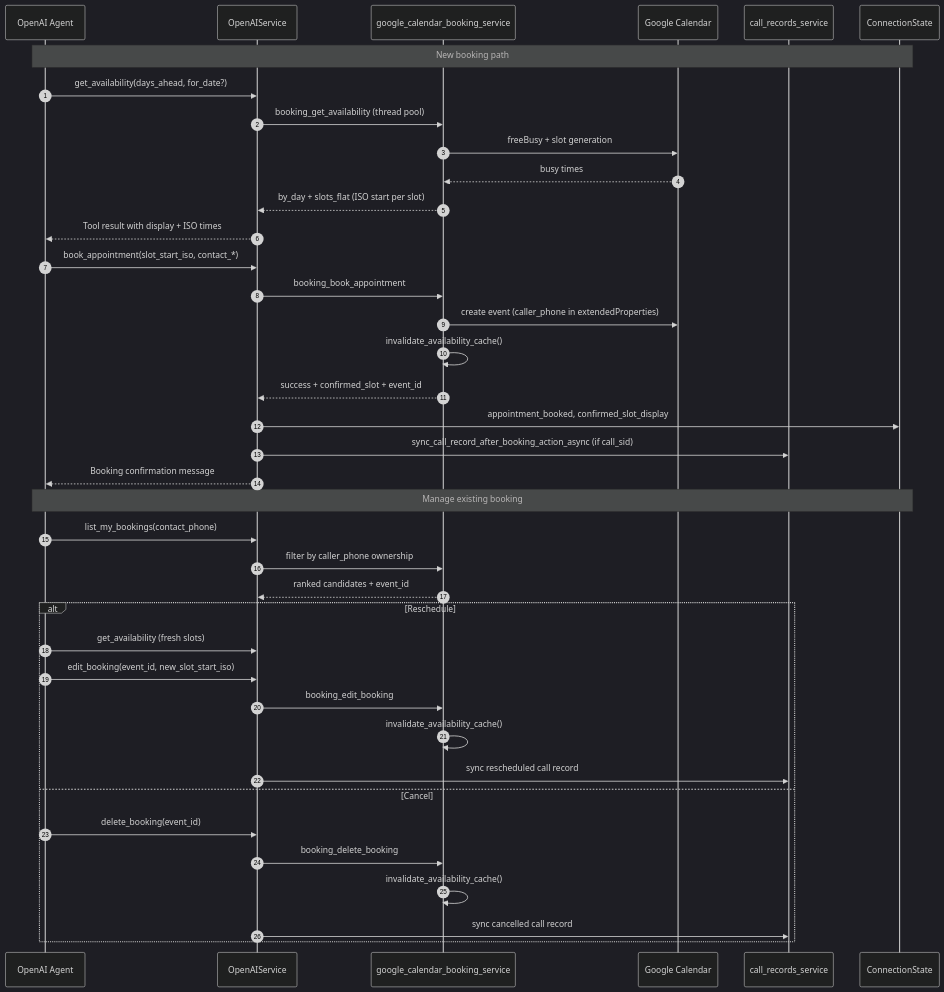
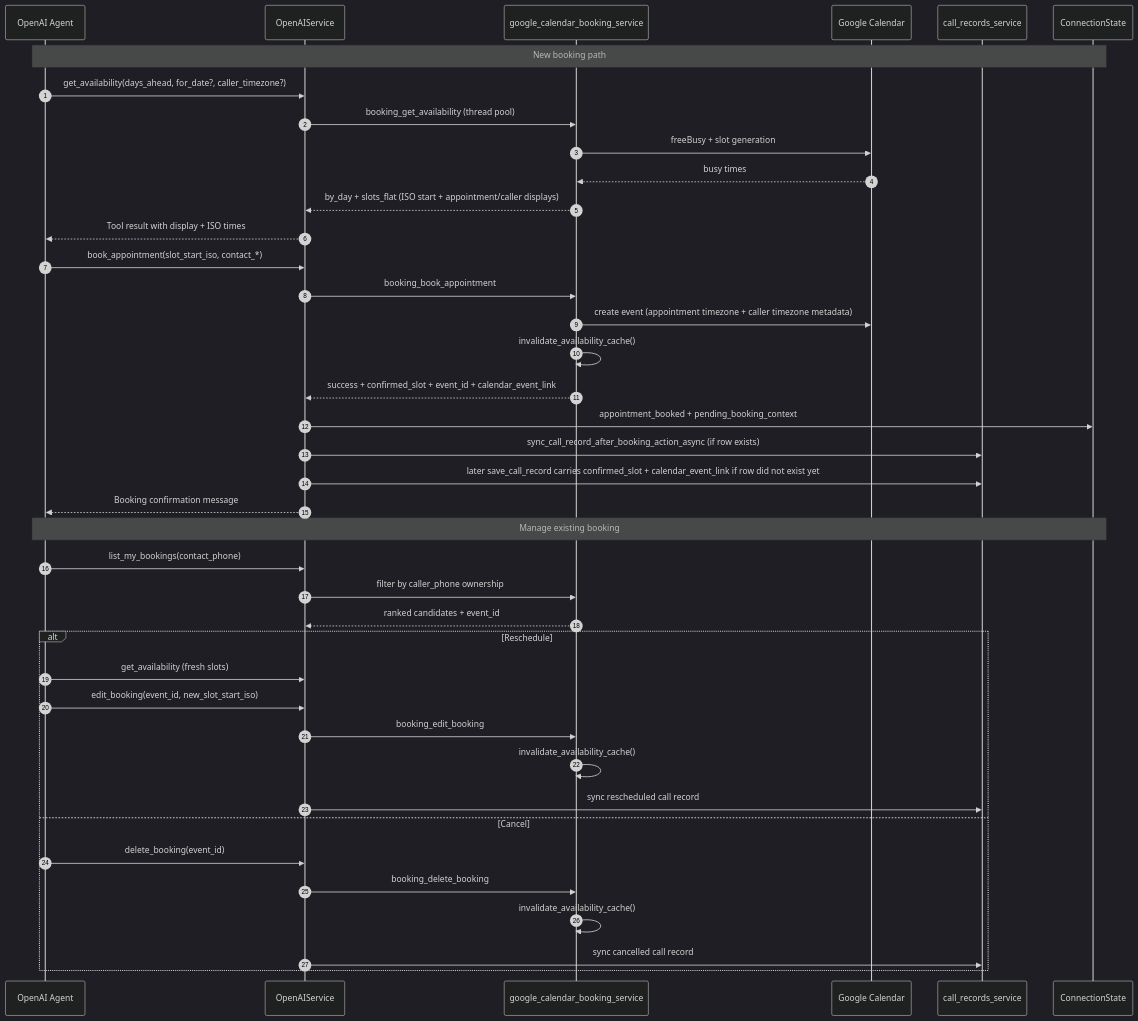
Before and after one commit to aymalkhalid/Starter-Agent-InBound-OutBound-Twilio-Speech-Assistant-OpenAi-Realtime-Api-Python: diagram 12 of 22 in docs/DIAGRAMS.md, drawn with Mermaid (dark theme). The commit also changed other lines of this file and 45 other files, not shown here.

Commit message:
Add appointment setter MVP, timezone utils, and booking docs.

````diff
--- a/docs/DIAGRAMS.md
+++ b/docs/DIAGRAMS.md
@@ -428,44 +439,45 @@
 ```mermaid
 sequenceDiagram
     autonumber
     participant AI as OpenAI Agent
     participant OS as OpenAIService
     participant GBS as google_calendar_booking_service
     participant GCal as Google Calendar
     participant CRS as call_records_service
     participant ST as ConnectionState
 
     Note over AI,ST: New booking path
-    AI->>OS: get_availability(days_ahead, for_date?)
+    AI->>OS: get_availability(days_ahead, for_date?, caller_timezone?)
     OS->>GBS: booking_get_availability (thread pool)
     GBS->>GCal: freeBusy + slot generation
     GCal-->>GBS: busy times
-    GBS-->>OS: by_day + slots_flat (ISO start per slot)
+    GBS-->>OS: by_day + slots_flat (ISO start + appointment/caller displays)
     OS-->>AI: Tool result with display + ISO times
 
     AI->>OS: book_appointment(slot_start_iso, contact_*)
     OS->>GBS: booking_book_appointment
-    GBS->>GCal: create event (caller_phone in extendedProperties)
+    GBS->>GCal: create event (appointment timezone + caller timezone metadata)
     GBS->>GBS: invalidate_availability_cache()
-    GBS-->>OS: success + confirmed_slot + event_id
-    OS->>ST: appointment_booked, confirmed_slot_display
-    OS->>CRS: sync_call_record_after_booking_action_async (if call_sid)
+    GBS-->>OS: success + confirmed_slot + event_id + calendar_event_link
+    OS->>ST: appointment_booked + pending_booking_context
+    OS->>CRS: sync_call_record_after_booking_action_async (if row exists)
+    OS->>CRS: later save_call_record carries confirmed_slot + calendar_event_link if row did not exist yet
     OS-->>AI: Booking confirmation message
 
     Note over AI,ST: Manage existing booking
     AI->>OS: list_my_bookings(contact_phone)
     OS->>GBS: filter by caller_phone ownership
     GBS-->>OS: ranked candidates + event_id
     alt Reschedule
         AI->>OS: get_availability (fresh slots)
         AI->>OS: edit_booking(event_id, new_slot_start_iso)
         OS->>GBS: booking_edit_booking
         GBS->>GBS: invalidate_availability_cache()
         OS->>CRS: sync rescheduled call record
     else Cancel
         AI->>OS: delete_booking(event_id)
         OS->>GBS: booking_delete_booking
         GBS->>GBS: invalidate_availability_cache()
         OS->>CRS: sync cancelled call record
     end
 ```
````
